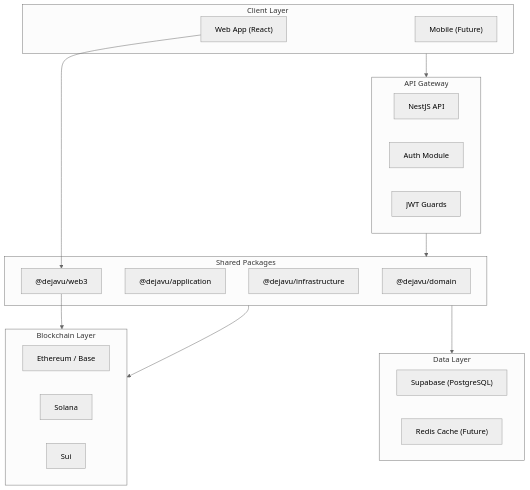
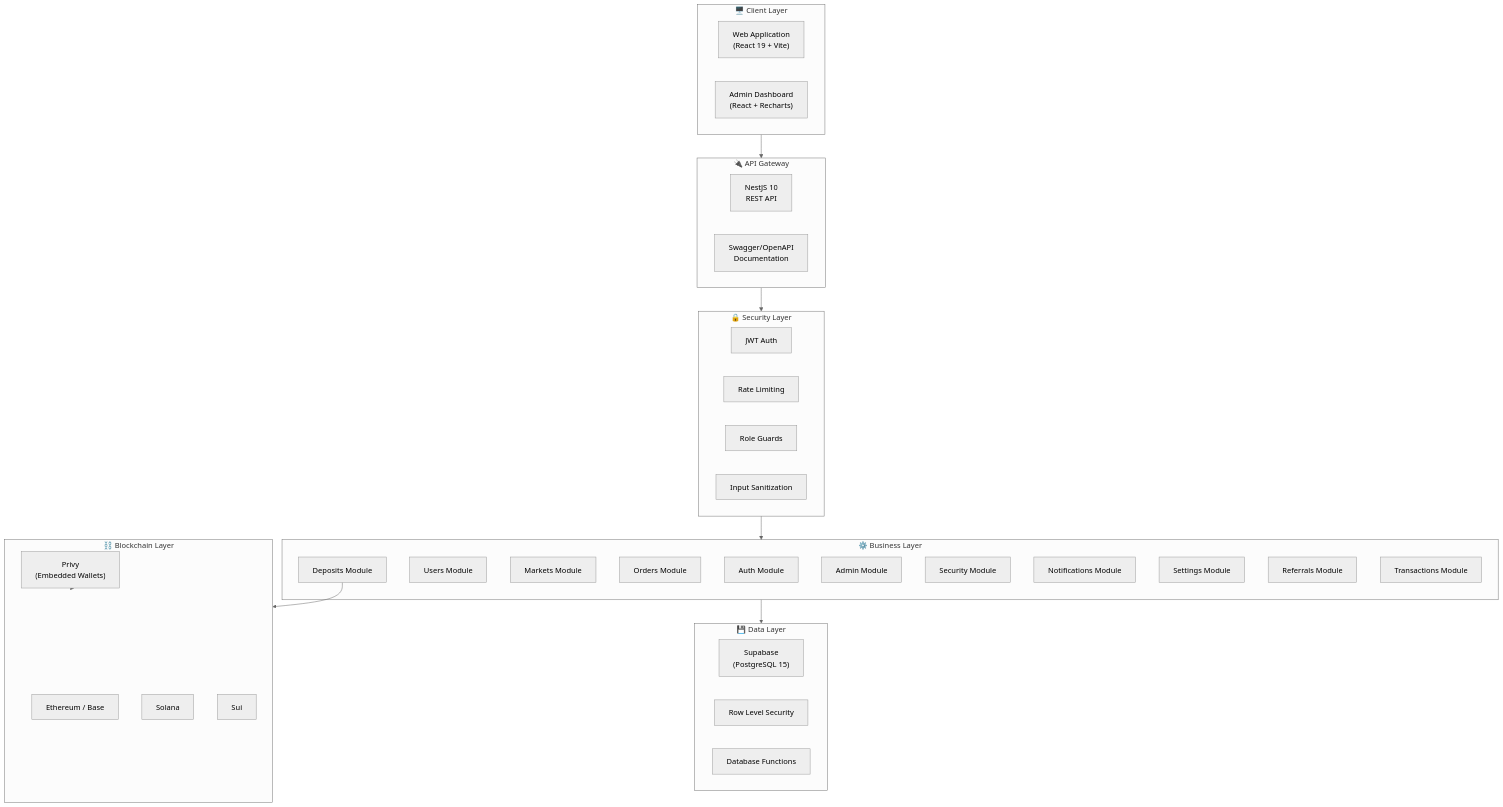
One commit to blockalphadev/dejavu changed the first of 6 diagrams in documentation/Doc.md. Above: the diagram before and after it, drawn with Mermaid (neutral theme). The commit also changed other lines of this file and 49 other files, not shown here.

Commit message:
create major tasks and admin dashboard

````diff
--- a/documentation/Doc.md
+++ b/documentation/Doc.md
@@ -43,37 +68,53 @@
 ```mermaid
 flowchart TB
-    subgraph Clients["Client Layer"]
-        Web["Web App (React)"]
-        Mobile["Mobile (Future)"]
+    subgraph ClientLayer["🖥️ Client Layer"]
+        WebApp["Web Application<br/>(React 19 + Vite)"]
+        AdminUI["Admin Dashboard<br/>(React + Recharts)"]
     end
 
-    subgraph Gateway["API Gateway"]
-        API["NestJS API"]
-        Auth["Auth Module"]
-        Guards["JWT Guards"]
+    subgraph APIGateway["🔌 API Gateway"]
+        NestJS["NestJS 10<br/>REST API"]
+        Swagger["Swagger/OpenAPI<br/>Documentation"]
     end
 
-    subgraph Packages["Shared Packages"]
-        Domain["@dejavu/domain"]
-        Application["@dejavu/application"]
-        Infrastructure["@dejavu/infrastructure"]
-        Web3Pkg["@dejavu/web3"]
+    subgraph SecurityLayer["🔒 Security Layer"]
+        JWT["JWT Auth"]
+        RateLimit["Rate Limiting"]
+        Guards["Role Guards"]
+        Sanitizer["Input Sanitization"]
     end
 
-    subgraph Database["Data Layer"]
-        Supabase["Supabase (PostgreSQL)"]
-        Cache["Redis Cache (Future)"]
+    subgraph BusinessLayer["⚙️ Business Layer"]
+        AuthMod["Auth Module"]
+        UserMod["Users Module"]
+        MarketMod["Markets Module"]
+        OrderMod["Orders Module"]
+        DepositMod["Deposits Module"]
+        AdminMod["Admin Module"]
+        SecMod["Security Module"]
+        NotifMod["Notifications Module"]
+        SetMod["Settings Module"]
+        RefMod["Referrals Module"]
+        TxMod["Transactions Module"]
     end
 
-    subgraph Blockchain["Blockchain Layer"]
+    subgraph DataLayer["💾 Data Layer"]
+        Supabase["Supabase<br/>(PostgreSQL 15)"]
+        RLS["Row Level Security"]
+        Functions["Database Functions"]
+    end
+
+    subgraph BlockchainLayer["⛓️ Blockchain Layer"]
+        Privy["Privy<br/>(Embedded Wallets)"]
         EVM["Ethereum / Base"]
         Solana["Solana"]
         Sui["Sui"]
     end
 
-    Clients --> Gateway
-    Gateway --> Packages
-    Packages --> Database
-    Packages --> Blockchain
-    Web --> Web3Pkg --> Blockchain
+    ClientLayer --> APIGateway
+    APIGateway --> SecurityLayer
+    SecurityLayer --> BusinessLayer
+    BusinessLayer --> DataLayer
+    DepositMod --> BlockchainLayer
+    Privy --> BlockchainLayer
 ```
````
